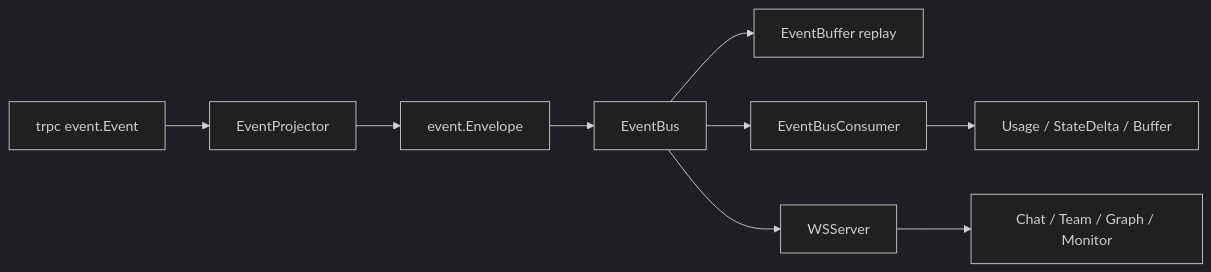
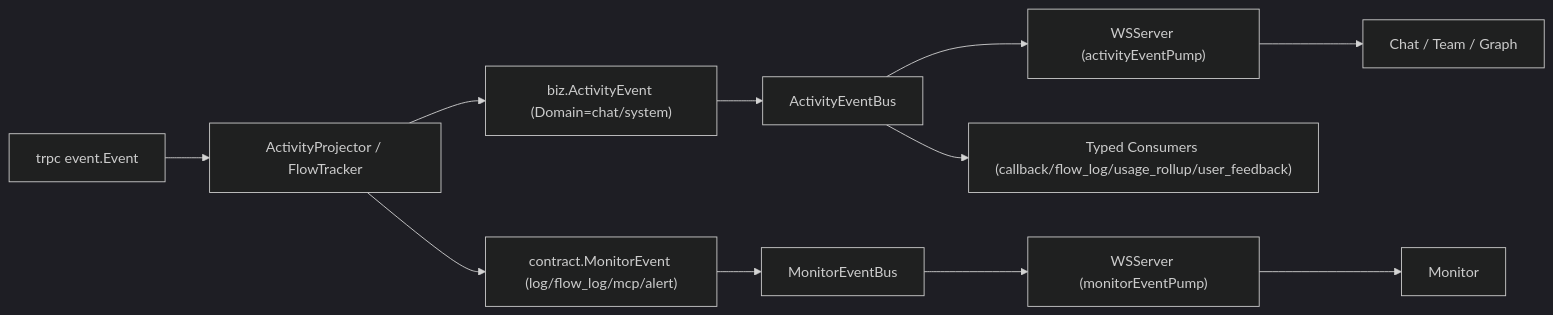
The eighth of 8 diagrams in docs/development/0-system-diagram.md (AmarsDing/aranea-agents), drawn with Mermaid (dark theme) before and after one commit. The commit also changed other lines of this file and 51 other files, not shown here.

````diff
--- a/docs/development/0-system-diagram.md
+++ b/docs/development/0-system-diagram.md
@@ -261,11 +270,13 @@
 ```mermaid
 flowchart LR
-  TRPC["trpc event.Event"] --> Projector["EventProjector"]
-  Projector --> Env["event.Envelope"]
-  Env --> Bus["EventBus"]
-  Bus --> Buffer["EventBuffer replay"]
-  Bus --> Consumer["EventBusConsumer"]
-  Consumer --> Usage["Usage / StateDelta / Buffer"]
-  Bus --> WS["WSServer"]
-  WS --> Client["Chat / Team / Graph / Monitor"]
+  TRPC["trpc event.Event"] --> Projector["ActivityProjector / FlowTracker"]
+  Projector --> AE["biz.ActivityEvent (Domain=chat/system)"]
+  Projector --> ME["contract.MonitorEvent (log/flow_log/mcp/alert)"]
+  AE --> AEBus["ActivityEventBus"]
+  ME --> MEBus["MonitorEventBus"]
+  AEBus --> WS["WSServer (activityEventPump)"]
+  MEBus --> WS2["WSServer (monitorEventPump)"]
+  AEBus --> Consumer["Typed Consumers (callback/flow_log/usage_rollup/user_feedback)"]
+  WS --> Client["Chat / Team / Graph"]
+  WS2 --> Monitor["Monitor"]
 ```
````
